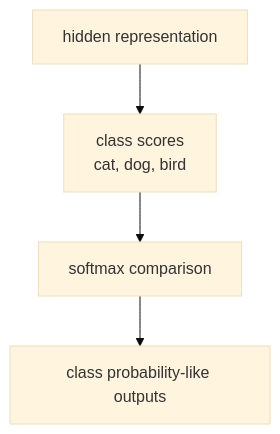
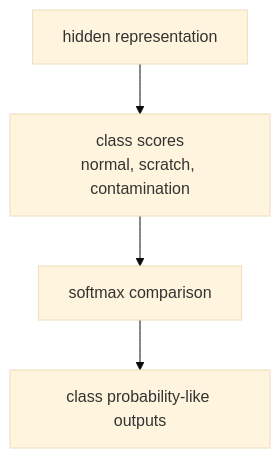
Before and after one commit to devchan64/AiBook: the diagram in docs/assets/part-05/chapter-03/softmax-output-flow-en.mmd, drawn with Mermaid (base theme). The commit also changed 105 other files, not shown here.

```diff
--- a/docs/assets/part-05/chapter-03/softmax-output-flow-en.mmd
+++ b/docs/assets/part-05/chapter-03/softmax-output-flow-en.mmd
@@ -1,9 +1,9 @@
 flowchart TD
   A["hidden representation"]
-  B["class scores<br/>cat, dog, bird"]
+  B["class scores<br/>normal, scratch, contamination"]
   C["softmax comparison"]
   D["class probability-like outputs"]
 
   A --> B
   B --> C
   C --> D
```
